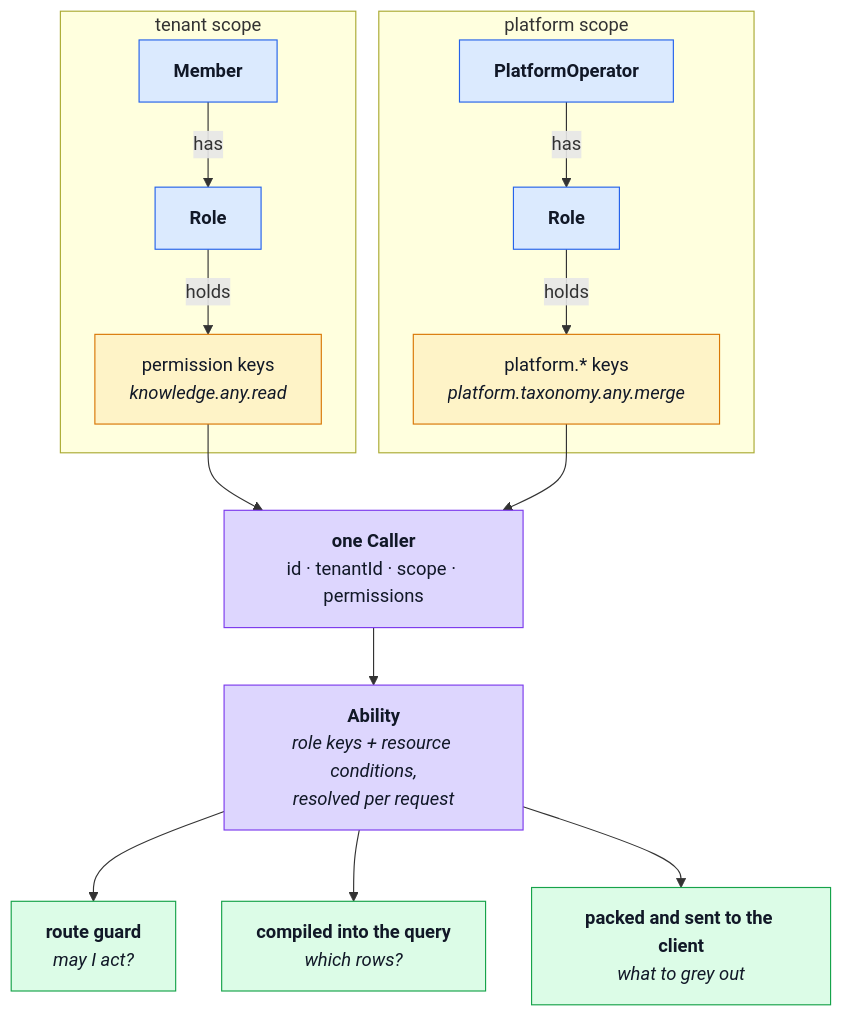
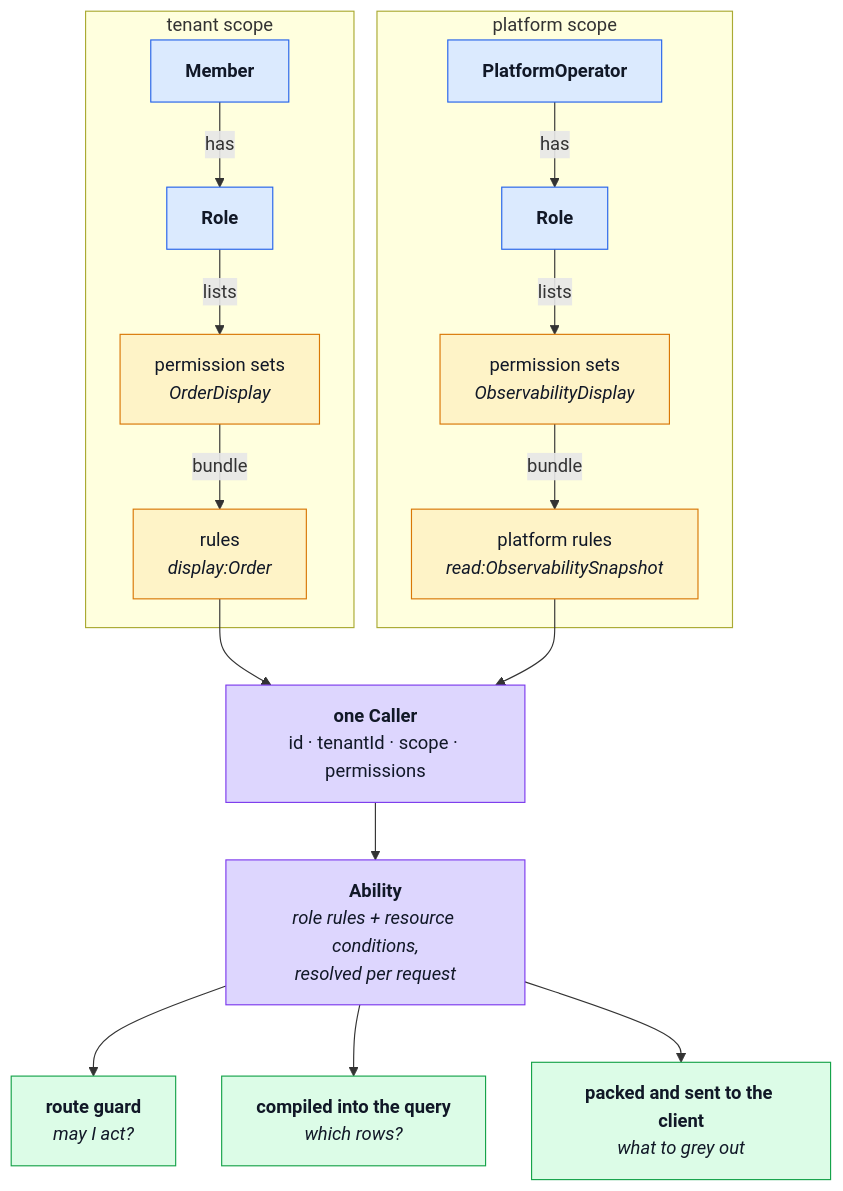
The first of 3 diagrams in docs/theory/authorization.md (Guebbit/boilerplate-node-backend), drawn with Mermaid before and after one commit. The commit also changed other lines of this file and 231 other files, not shown here.

````diff
--- a/docs/theory/authorization.md
+++ b/docs/theory/authorization.md
@@ -48,32 +48,34 @@
 ```mermaid
 %%{init: {'flowchart': {'nodeSpacing': 40, 'rankSpacing': 50}}}%%
 flowchart TD
     accTitle: How a caller becomes an authorization decision
-    accDescr: A member holds a role in one tenant, or a platform operator holds a role with platform-prefixed keys. Either way the request resolves to a single caller, which resolves to one ability, which is used in three places - the route guard, the database query, and the rule set sent to the client.
+    accDescr: A member holds a role in one tenant, or a platform operator holds a role whose rules are about platform data. Either way the request resolves to a single caller, which resolves to one ability, which is used in three places - the route guard, the database query, and the rule set sent to the client.
 
     subgraph TENANT["tenant scope"]
         M["<b>Member</b>"] -->|has| RT["<b>Role</b>"]
-        RT -->|holds| KT["permission keys<br/><i>knowledge.any.read</i>"]
+        RT -->|lists| ST["permission sets<br/><i>OrderDisplay</i>"]
+        ST -->|bundle| KT["rules<br/><i>display:Order</i>"]
     end
     subgraph PLATFORM["platform scope"]
         PO["<b>PlatformOperator</b>"] -->|has| RP["<b>Role</b>"]
-        RP -->|holds| KP["platform.* keys<br/><i>platform.taxonomy.any.merge</i>"]
+        RP -->|lists| SP["permission sets<br/><i>ObservabilityDisplay</i>"]
+        SP -->|bundle| KP["platform rules<br/><i>read:ObservabilitySnapshot</i>"]
     end
 
     KT --> C["<b>one Caller</b><br/>id · tenantId · scope · permissions"]
     KP --> C
-    C --> A["<b>Ability</b><br/><i>role keys + resource conditions,<br/>resolved per request</i>"]
+    C --> A["<b>Ability</b><br/><i>role rules + resource conditions,<br/>resolved per request</i>"]
 
     A --> G["<b>route guard</b><br/><i>may I act?</i>"]
     A --> Q["<b>compiled into the query</b><br/><i>which rows?</i>"]
     A --> W["<b>packed and sent to the client</b><br/><i>what to grey out</i>"]
 
     classDef actor fill:#dbeafe,stroke:#2563eb,color:#111827;
     classDef key fill:#fef3c7,stroke:#d97706,color:#111827;
     classDef core fill:#ddd6fe,stroke:#7c3aed,color:#111827;
     classDef use fill:#dcfce7,stroke:#16a34a,color:#111827;
     class M,PO,RT,RP actor;
-    class KT,KP key;
+    class ST,SP,KT,KP key;
     class C,A core;
     class G,Q,W use;
 ```
````
